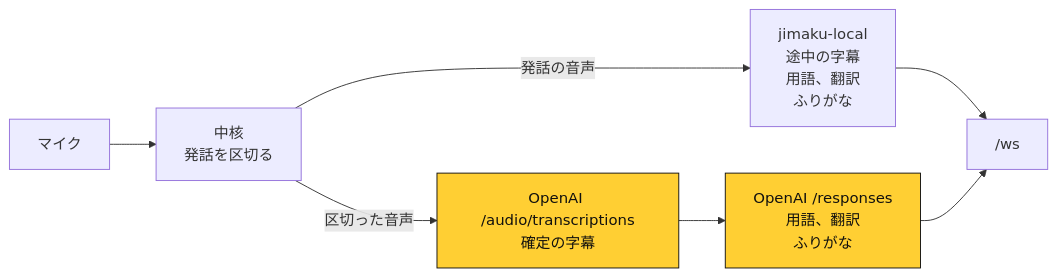
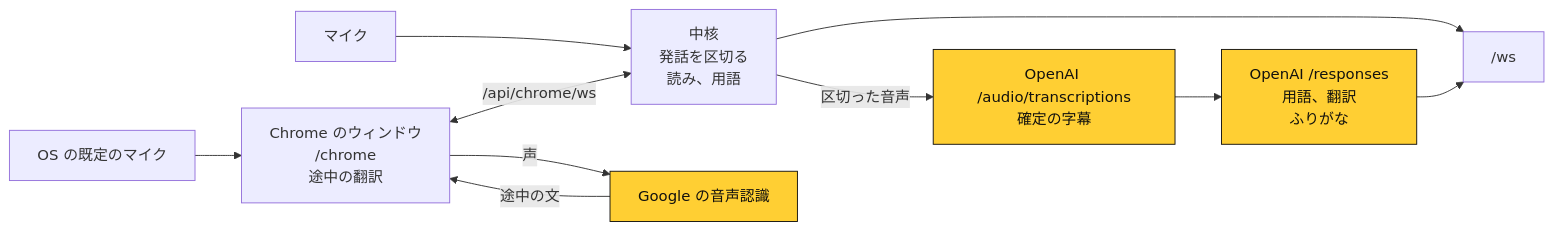
Before and after one commit to Chiji1108/deadlock-jimaku: the second of 4 diagrams in README.md, drawn with Mermaid. The commit also changed other lines of this file and 55 other files, not shown here.

First line of the commit message:
Chrome の音声認識と翻訳に揃え、ふりがなと辞書の一致を core に組み込む

````diff
--- a/README.md
+++ b/README.md
@@ -76,11 +89,14 @@
 ```mermaid
 flowchart LR
-  mic["マイク"] --> core["中核<br/>発話を区切る"]
-  core -- "発話の音声" --> helper["jimaku-local<br/>途中の字幕<br/>用語、翻訳<br/>ふりがな"]
+  mic["マイク"] --> core["中核<br/>発話を区切る<br/>読み、用語"]
+  mic2["OS の既定のマイク"] --> tab["Chrome のウィンドウ<br/>/chrome<br/>途中の翻訳"]
+  tab -- "声" --> google["Google の音声認識"]
+  google -- "途中の文" --> tab
+  tab <-- "/api/chrome/ws" --> core
   core -- "区切った音声" --> batch["OpenAI /audio/transcriptions<br/>確定の字幕"]
   batch --> llm["OpenAI /responses<br/>用語、翻訳<br/>ふりがな"]
-  helper --> ws["/ws"]
+  core --> ws["/ws"]
   llm --> ws
   classDef cloud fill:#ffcf33,stroke:#12110e,color:#12110e
-  class batch,llm cloud
+  class google,batch,llm cloud
 ```
````
